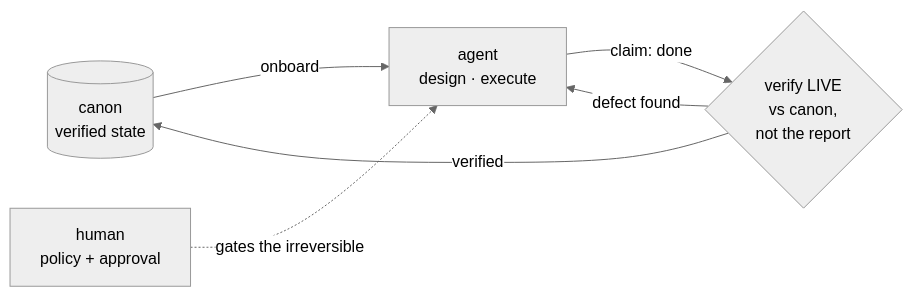
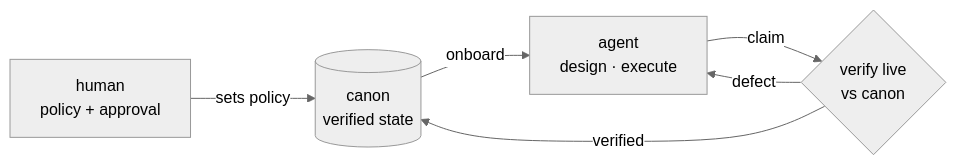
The diagram in README.md (rm-w3kufe/state-canon-mcp), drawn with Mermaid (neutral theme) before and after one commit.

Commit message:
docs(readme): cleaner horizontal loop — human feeds policy in at the left, no crossing side-arrow
The first version crowded: a dashed human side-arrow entering mid-graph plus two
return edges made LR messy. Now a clean left-to-right spine (human → canon →
agent → verify) with both loop-backs originating from the verify node.

````diff
--- a/README.md
+++ b/README.md
@@ -37,8 +37,8 @@
 ```mermaid
 flowchart LR
+    H["human<br/>policy + approval"] -->|sets policy| K
     K[("canon<br/>verified state")] -->|onboard| A["agent<br/>design · execute"]
-    A -->|"claim: done"| V{"verify LIVE<br/>vs canon,<br/>not the report"}
+    A -->|claim| V{"verify live<br/>vs canon"}
     V -->|verified| K
-    V -->|defect found| A
-    H["human<br/>policy + approval"] -.->|gates the irreversible| A
+    V -->|defect| A
 ```
````
